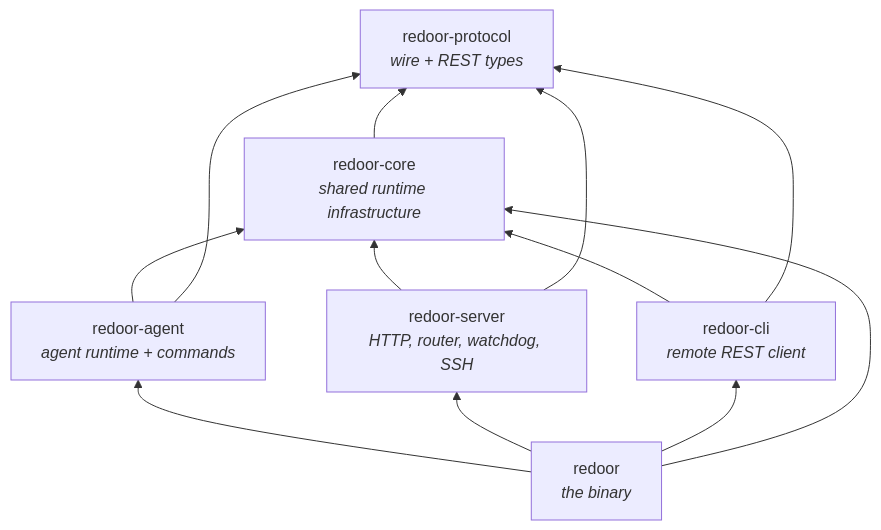
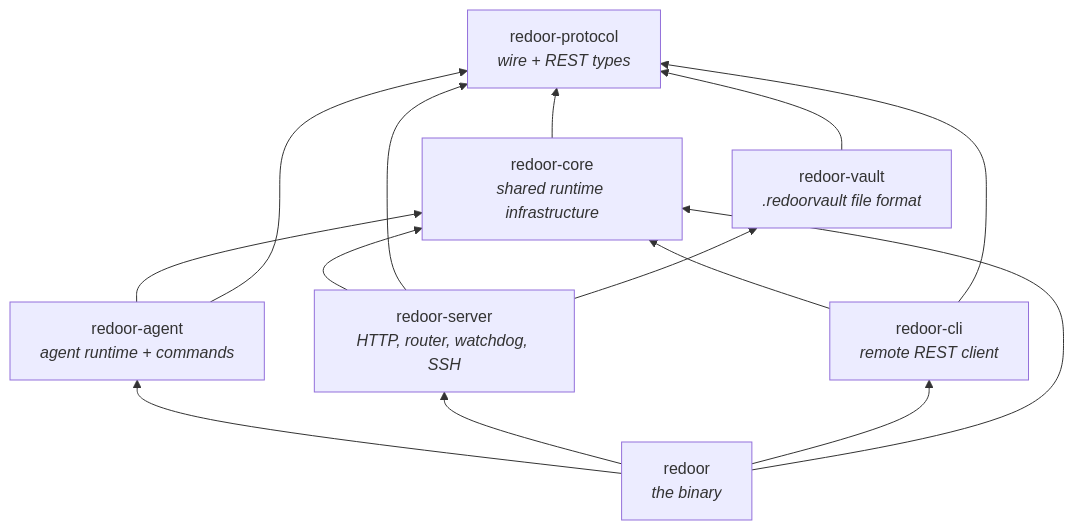
One commit to esamattis/redoor changed the first of 11 diagrams in ARCHITECTURE.md. Above: the diagram before and after it, drawn with Mermaid. The commit also changed other lines of this file and 15 other files, not shown here.

First line of the commit message:
Move the vault file format into its own crate

````diff
--- a/ARCHITECTURE.md
+++ b/ARCHITECTURE.md
@@ -19,21 +19,24 @@
 ```mermaid
 flowchart BT
     protocol["redoor-protocol<br/><i>wire + REST types</i>"]
     core["redoor-core<br/><i>shared runtime infrastructure</i>"]
+    vault["redoor-vault<br/><i>.redoorvault file format</i>"]
     agent["redoor-agent<br/><i>agent runtime + commands</i>"]
     server["redoor-server<br/><i>HTTP, router, watchdog, SSH</i>"]
     cli["redoor-cli<br/><i>remote REST client</i>"]
     bin["redoor<br/><i>the binary</i>"]
 
     core --> protocol
     agent --> core
     agent --> protocol
     server --> core
     server --> protocol
+    server --> vault
+    vault --> protocol
     cli --> core
     cli --> protocol
     bin --> agent
     bin --> server
     bin --> cli
     bin --> core
 ```
````
